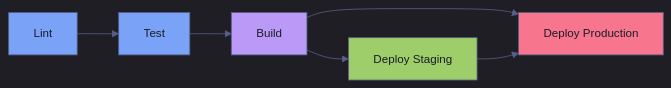
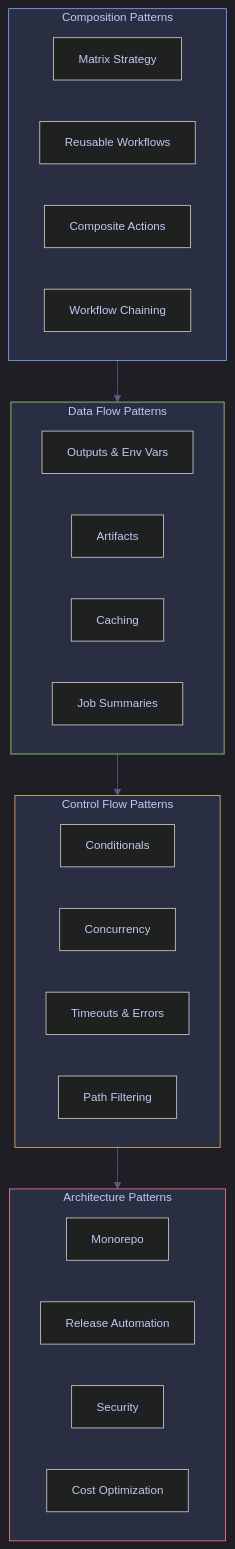
The diagram in content/10-GitHub-Actions/02-github-actions-patterns.md (alp78/elysium), drawn with Mermaid before and after one commit. The commit also changed other lines of this file and 13 other files, not shown here.

````diff
--- a/content/10-GitHub-Actions/02-github-actions-patterns.md
+++ b/content/10-GitHub-Actions/02-github-actions-patterns.md
@@ -1181,26 +64,55 @@
 ```mermaid
 %%{init: {'theme': 'dark', 'themeVariables': {
   'primaryColor': '#292e42',
   'primaryTextColor': '#c0caf5',
   'primaryBorderColor': '#565f89',
   'lineColor': '#565f89',
   'secondaryColor': '#1a1b26',
   'tertiaryColor': '#24283b',
   'noteTextColor': '#c0caf5',
   'noteBkgColor': '#292e42',
   'textColor': '#c0caf5',
   'fontSize': '14px'
 }}}%%
-flowchart LR
-    lint["Lint"] --> test["Test"]
-    test --> build["Build"]
-    build --> stg["Deploy Staging"]
-    build --> prod["Deploy Production"]
-    stg --> prod
+flowchart TB
+  subgraph comp["Composition Patterns"]
+    direction LR
+    M["Matrix Strategy"]
+    RW["Reusable Workflows"]
+    CA["Composite Actions"]
+    WC["Workflow Chaining"]
+  end
 
-    style lint fill:#7aa2f7,stroke:#565f89,color:#1a1b26
-    style test fill:#7aa2f7,stroke:#565f89,color:#1a1b26
-    style build fill:#bb9af7,stroke:#565f89,color:#1a1b26
-    style stg fill:#9ece6a,stroke:#565f89,color:#1a1b26
-    style prod fill:#f7768e,stroke:#565f89,color:#1a1b26
+  subgraph data["Data Flow Patterns"]
+    direction LR
+    O["Outputs & Env Vars"]
+    A["Artifacts"]
+    C["Caching"]
+    S["Job Summaries"]
+  end
+
+  subgraph ctrl["Control Flow Patterns"]
+    direction LR
+    EX["Conditionals"]
+    CC["Concurrency"]
+    TO["Timeouts & Errors"]
+    PF["Path Filtering"]
+  end
+
+  subgraph arch["Architecture Patterns"]
+    direction LR
+    MR["Monorepo"]
+    RL["Release Automation"]
+    SEC["Security"]
+    COST["Cost Optimization"]
+  end
+
+  comp --> data
+  data --> ctrl
+  ctrl --> arch
+
+  style comp fill:#292e42,stroke:#7aa2f7,color:#c0caf5
+  style data fill:#292e42,stroke:#9ece6a,color:#c0caf5
+  style ctrl fill:#292e42,stroke:#e0af68,color:#c0caf5
+  style arch fill:#292e42,stroke:#f7768e,color:#c0caf5
 ```
````
